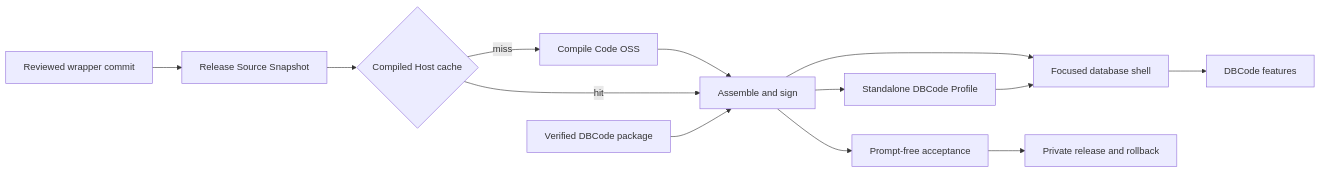
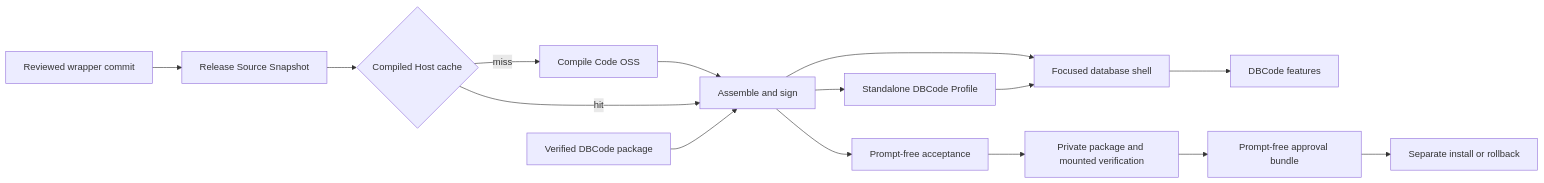
The diagram in wiki/OVERVIEW.md (alexwck/dbcode-wrapper), drawn with Mermaid before and after one commit. The commit also changed other lines of this file and 5 other files, not shown here.

First line of the commit message:
docs(wiki): explain prompt-free release approval

````diff
--- a/wiki/OVERVIEW.md
+++ b/wiki/OVERVIEW.md
@@ -22,15 +22,17 @@
 ```mermaid
 flowchart LR
   U[Reviewed wrapper commit] --> S[Release Source Snapshot]
   S --> C{Compiled Host cache}
   C -->|miss| B[Compile Code OSS]
   B --> A[Assemble and sign]
   C -->|hit| A
   D[Verified DBCode package] --> A
   A --> P[Standalone DBCode Profile]
   A --> F[Focused database shell]
   P --> F
   F --> Q[DBCode features]
   A --> V[Prompt-free acceptance]
-  V --> R[Private release and rollback]
+  V --> R[Private package and mounted verification]
+  R --> G[Prompt-free approval bundle]
+  G --> I[Separate install or rollback]
 ```
````
